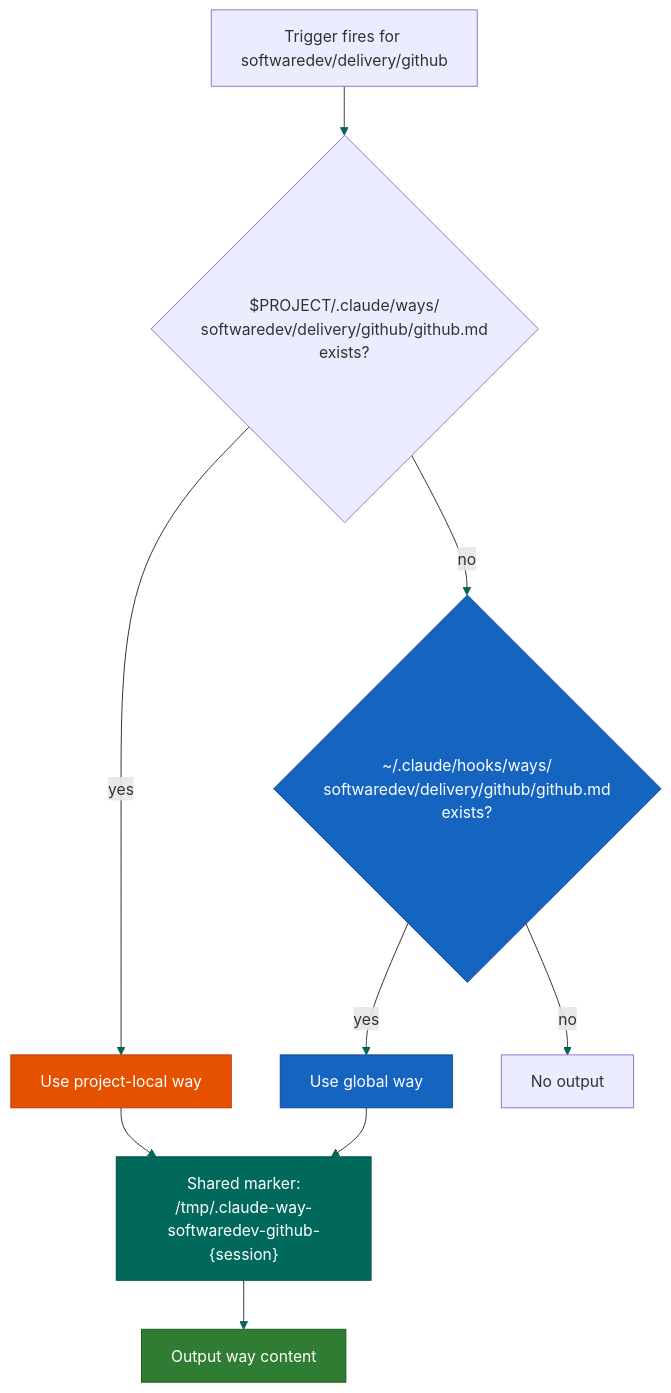
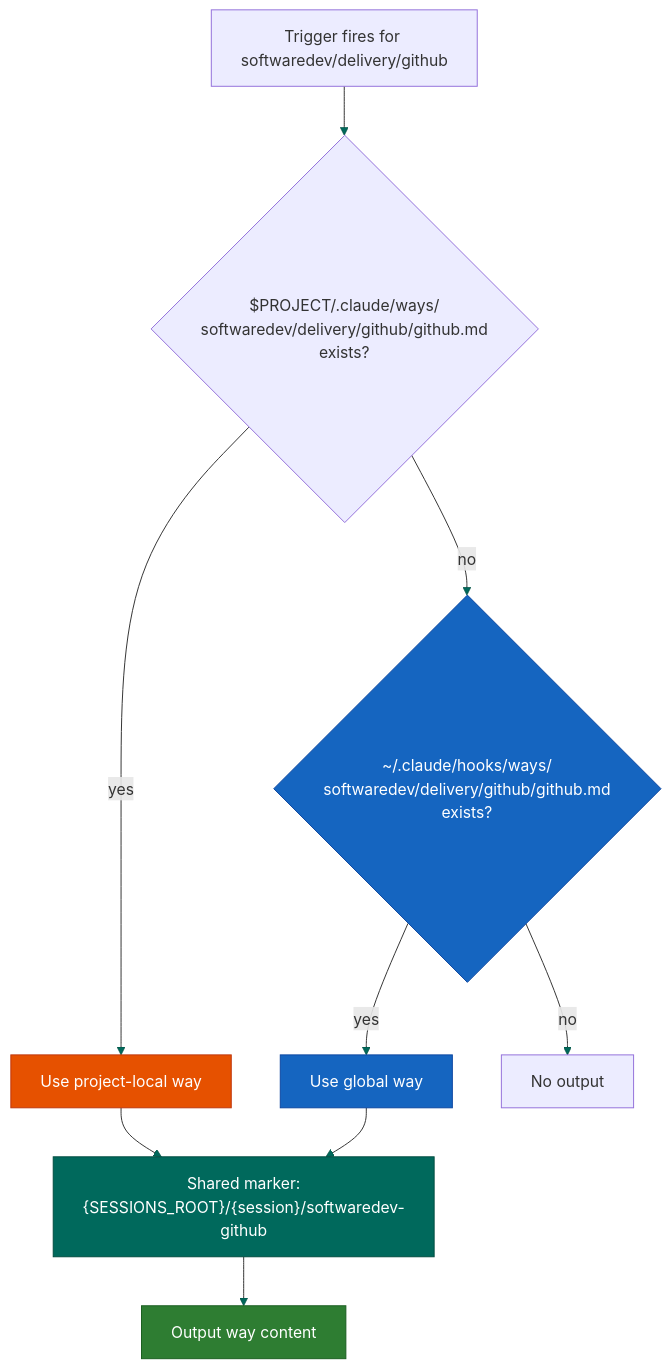
One commit to ZZirbel/claude-code-config changed the sixth of 6 diagrams in docs/hooks-and-ways.md. Above: the diagram before and after it, drawn with Mermaid. The commit also changed other lines of this file and 21 other files, not shown here.

````diff
--- a/docs/hooks-and-ways.md
+++ b/docs/hooks-and-ways.md
@@ -407,19 +403,19 @@
 ```mermaid
 flowchart TD
     classDef project fill:#E65100,stroke:#BF360C,color:#fff
     classDef global fill:#1565C0,stroke:#0D47A1,color:#fff
     classDef marker fill:#00695C,stroke:#004D40,color:#fff
     classDef result fill:#2E7D32,stroke:#1B5E20,color:#fff
 
     T["Trigger fires for softwaredev/delivery/github"] --> PL
 
     PL{"$PROJECT/.claude/ways/<br/>softwaredev/delivery/github/github.md<br/>exists?"}
     PL -->|yes| USE_P["Use project-local way"]:::project
     PL -->|no| GL{"~/.claude/hooks/ways/<br/>softwaredev/delivery/github/github.md<br/>exists?"}:::global
     GL -->|yes| USE_G["Use global way"]:::global
     GL -->|no| SKIP["No output"]
 
-    USE_P --> MK["Shared marker:<br/>/tmp/.claude-way-softwaredev-github-{session}"]:::marker
+    USE_P --> MK["Shared marker:<br/>{SESSIONS_ROOT}/{session}/softwaredev-github"]:::marker
     USE_G --> MK
     MK --> OUT["Output way content"]:::result
 ```
````
